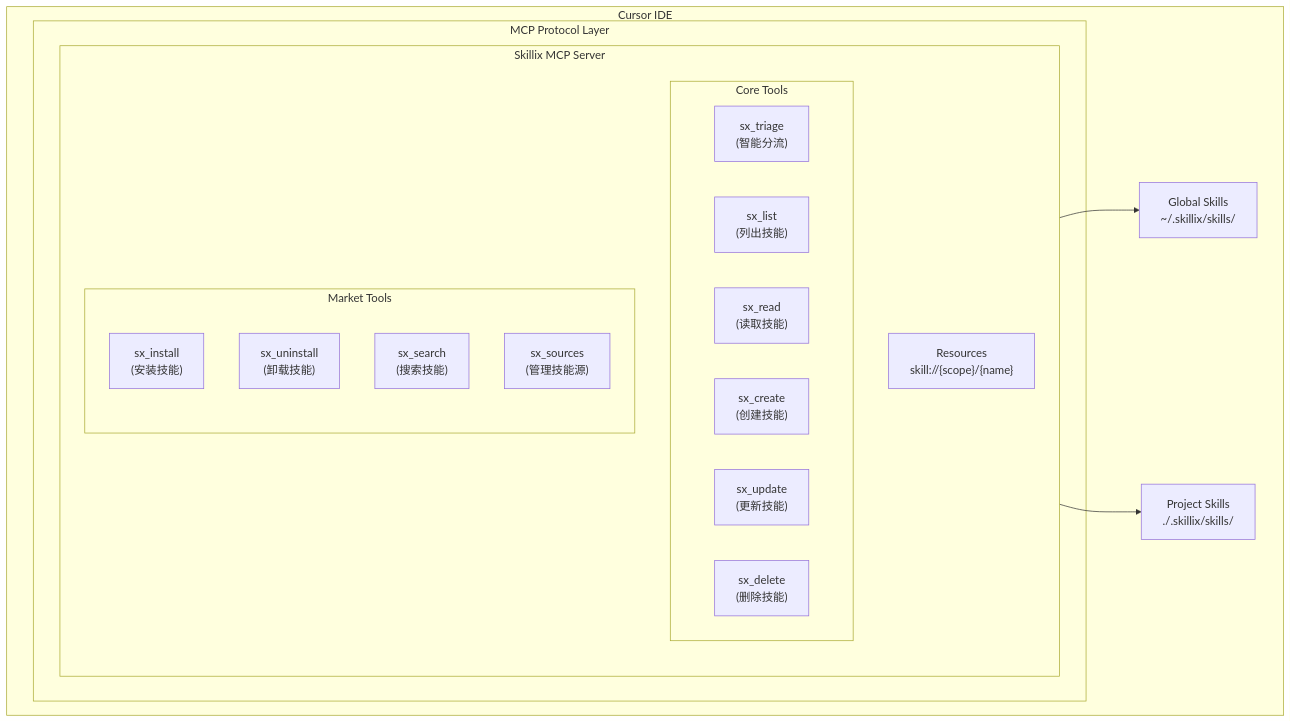
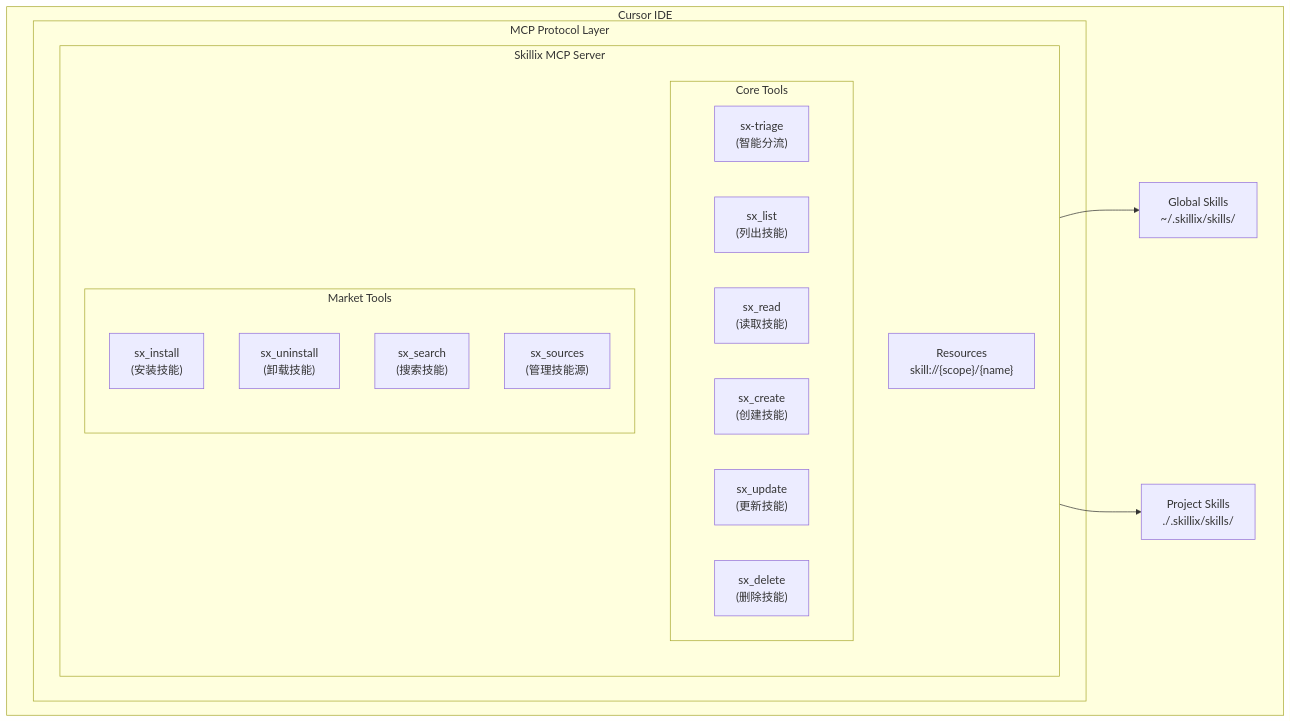
Before and after one commit to shetengteng/skillix: the fourth of 12 diagrams in docs/02-设计/20260111-01-项目设计.md, drawn with Mermaid. The commit also changed other lines of this file and 1 other file, not shown here.

````diff
--- a/docs/02-设计/20260111-01-项目设计.md
+++ b/docs/02-设计/20260111-01-项目设计.md
@@ -223,32 +223,32 @@
 ```mermaid
 graph TB
     subgraph IDE["Cursor IDE"]
         subgraph MCP["MCP Protocol Layer"]
             subgraph Server["Skillix MCP Server"]
                 subgraph Core["Core Tools"]
-                    T1["sx_triage<br/>(智能分流)"]
+                    T1["sx-triage<br/>(智能分流)"]
                     T2["sx_list<br/>(列出技能)"]
                     T3["sx_read<br/>(读取技能)"]
                     T4["sx_create<br/>(创建技能)"]
                     T5["sx_update<br/>(更新技能)"]
                     T6["sx_delete<br/>(删除技能)"]
                 end
                 
                 subgraph Market["Market Tools"]
                     M1["sx_install<br/>(安装技能)"]
                     M2["sx_uninstall<br/>(卸载技能)"]
                     M3["sx_search<br/>(搜索技能)"]
                     M4["sx_sources<br/>(管理技能源)"]
                 end
                 
                 R["Resources<br/>skill://{scope}/{name}"]
             end
         end
         
         GS["Global Skills<br/>~/.skillix/skills/"]
         PS["Project Skills<br/>./.skillix/skills/"]
     end
     
     Server --> GS
     Server --> PS
 ```
````
